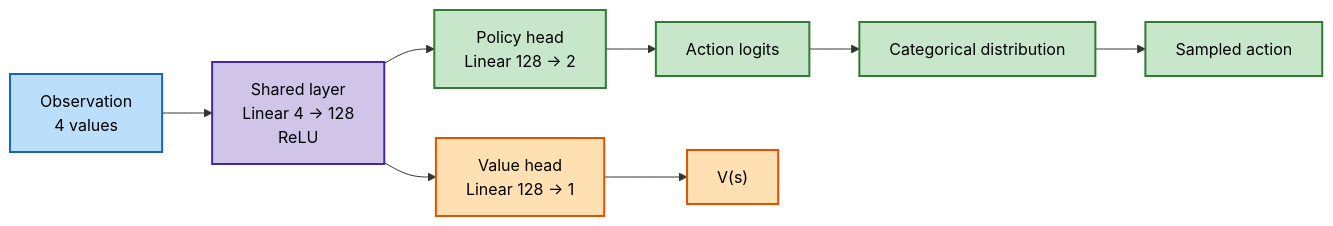
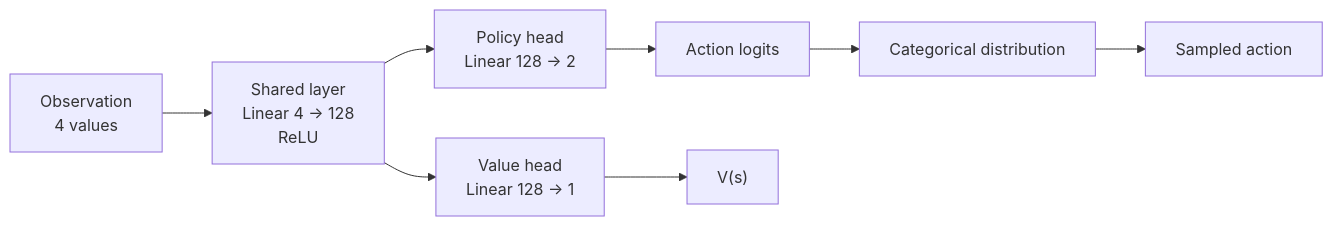
Before and after one commit to Open-Source-Robotics-For-Myanmar/rl: the first of 2 diagrams in rl_code/docker/07_gae/README.md, drawn with Mermaid. The commit also changed other lines of this file, not shown here.

````diff
--- a/rl_code/docker/07_gae/README.md
+++ b/rl_code/docker/07_gae/README.md
@@ -33,20 +33,11 @@
 ```mermaid
-flowchart LR
+graph LR
     OBS["Observation<br/>4 values"] --> SHARED["Shared layer<br/>Linear 4 → 128<br/>ReLU"]
     SHARED --> POLICY["Policy head<br/>Linear 128 → 2"]
     POLICY --> LOGITS["Action logits"]
     LOGITS --> DIST["Categorical distribution"]
     DIST --> ACTION["Sampled action"]
     SHARED --> VALUE["Value head<br/>Linear 128 → 1"]
     VALUE --> VS["V(s)"]
 
-    classDef inputStyle fill:#bbdefb,stroke:#1565c0,stroke-width:2px,color:#000
-    classDef sharedStyle fill:#d1c4e9,stroke:#4527a0,stroke-width:2px,color:#000
-    classDef actorStyle fill:#c8e6c9,stroke:#2e7d32,stroke-width:2px,color:#000
-    classDef criticStyle fill:#ffe0b2,stroke:#e65100,stroke-width:2px,color:#000
-
-    class OBS inputStyle
-    class SHARED sharedStyle
-    class POLICY,LOGITS,DIST,ACTION actorStyle
-    class VALUE,VS criticStyle
 ```
````
